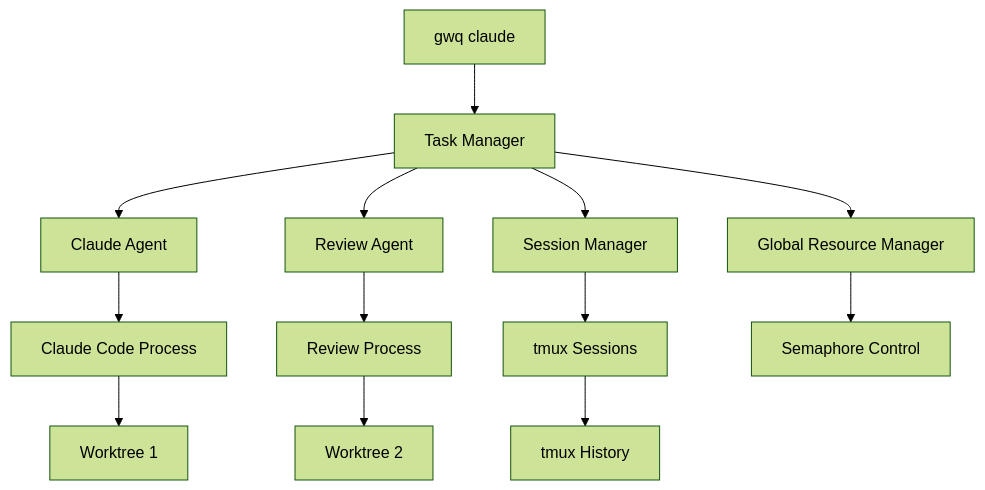
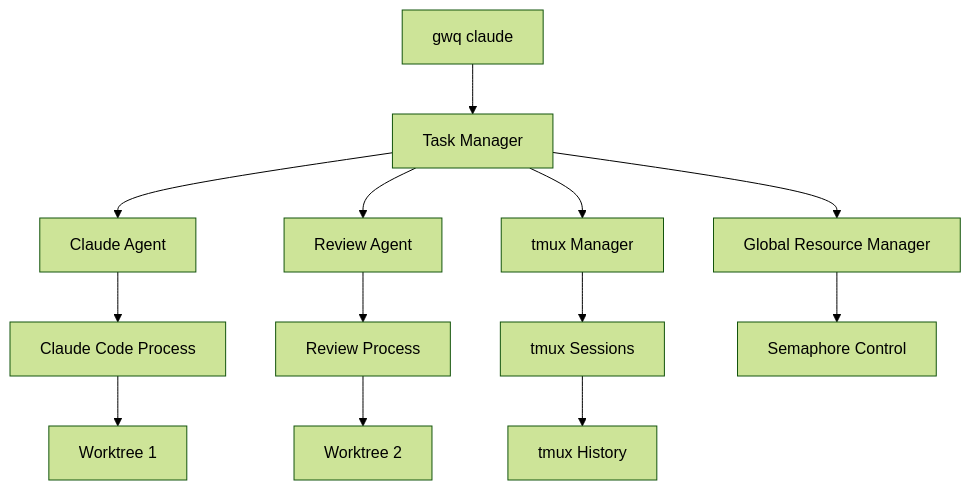
The first of 2 diagrams in docs/DESIGN_CLAUDE_TASK_QUEUE.md (d-kuro/wtree), drawn with Mermaid (forest theme) before and after one commit. The commit also changed other lines of this file and 1 other file, not shown here.

First line of the commit message:
refactor: Make tmux design generic, remove Claude Code concepts

````diff
--- a/docs/DESIGN_CLAUDE_TASK_QUEUE.md
+++ b/docs/DESIGN_CLAUDE_TASK_QUEUE.md
@@ -44,18 +44,18 @@
 ```mermaid
 graph TD
     A[gwq claude] --> B[Task Manager]
     B --> C[Claude Agent]
     B --> D[Review Agent] 
-    B --> E[Session Manager]
+    B --> E[tmux Manager]
     
     C --> F[Claude Code Process]
     D --> G[Review Process]
     E --> H[tmux Sessions]
     
     B --> I[Global Resource Manager]
     I --> J[Semaphore Control]
     
     F --> K[Worktree 1]
     G --> L[Worktree 2]
     H --> M[tmux History]
 ```
````
